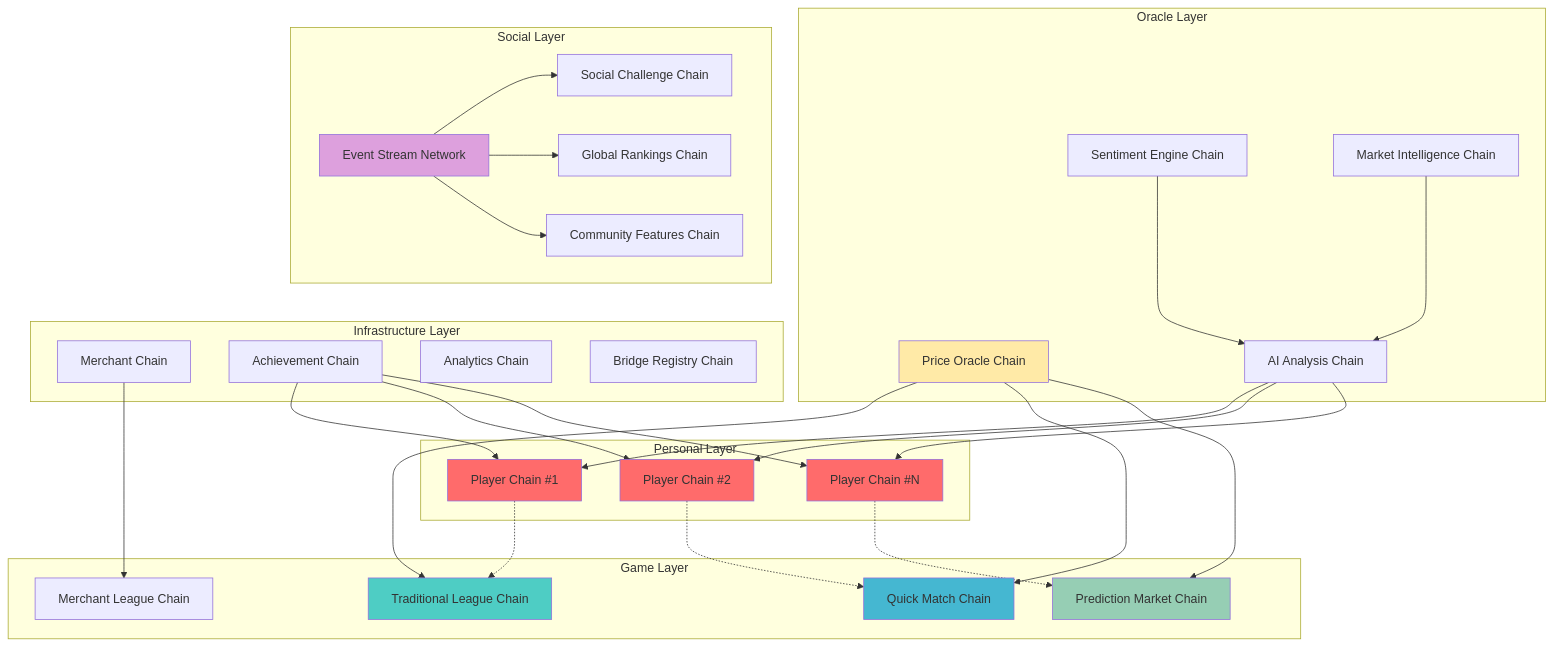
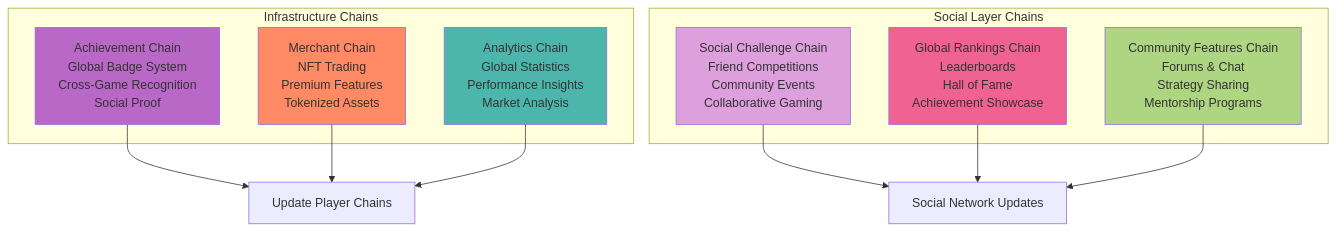
One commit to adetyaz/coindrafts-linera changed the fourth of 5 diagrams in docs/architecture/complete-overview.md. Above: the diagram before and after it, drawn with Mermaid. The commit also changed other lines of this file and 10 other files, not shown here.

````diff
--- a/docs/architecture/complete-overview.md
+++ b/docs/architecture/complete-overview.md
@@ -11,69 +94,29 @@
 ```mermaid
 graph TB
-    subgraph "Personal Layer"
-        PC1[Player Chain #1]
-        PC2[Player Chain #2]
-        PCN[Player Chain #N]
+    subgraph "Infrastructure Chains"
+        AC[Achievement Chain<br/>Global Badge System<br/>Cross-Game Recognition<br/>Social Proof]
+        MC[Merchant Chain<br/>NFT Trading<br/>Premium Features<br/>Tokenized Assets]
+        AN[Analytics Chain<br/>Global Statistics<br/>Performance Insights<br/>Market Analysis]
     end
 
-    subgraph "Game Layer"
-        TL[Traditional League Chain]
-        QM[Quick Match Chain]
-        PR[Prediction Market Chain]
-        ML[Merchant League Chain]
+    subgraph "Social Layer Chains"
+        SC[Social Challenge Chain<br/>Friend Competitions<br/>Community Events<br/>Collaborative Gaming]
+        GR[Global Rankings Chain<br/>Leaderboards<br/>Hall of Fame<br/>Achievement Showcase]
+        CF[Community Features Chain<br/>Forums & Chat<br/>Strategy Sharing<br/>Mentorship Programs]
     end
 
-    subgraph "Oracle Layer"
-        PO[Price Oracle Chain]
-        AI[AI Analysis Chain]
-        SE[Sentiment Engine Chain]
-        MI[Market Intelligence Chain]
-    end
+    AC --> PlayerChains[Update Player Chains]
+    MC --> PlayerChains
+    AN --> PlayerChains
 
-    subgraph "Infrastructure Layer"
-        MC[Merchant Chain]
-        AC[Achievement Chain]
-        AN[Analytics Chain]
-        BR[Bridge Registry Chain]
-    end
+    SC --> SocialNet[Social Network Updates]
+    GR --> SocialNet
+    CF --> SocialNet
 
-    subgraph "Social Layer"
-        ES[Event Stream Network]
-        SC[Social Challenge Chain]
-        GR[Global Rankings Chain]
-        CF[Community Features Chain]
-    end
-
-    PC1 -.-> TL
-    PC2 -.-> QM
-    PCN -.-> PR
-
-    PO --> TL
-    PO --> QM
-    PO --> PR
-
-    AI --> PC1
-    AI --> PC2
-    AI --> PCN
-
-    SE --> AI
-    MI --> AI
-
-    MC --> ML
-    AC --> PC1
-    AC --> PC2
-    AC --> PCN
-
-    ES --> SC
-    ES --> GR
-    ES --> CF
-
-    style PC1 fill:#ff6b6b
-    style PC2 fill:#ff6b6b
-    style PCN fill:#ff6b6b
-    style TL fill:#4ecdc4
-    style QM fill:#45b7d1
-    style PR fill:#96ceb4
-    style PO fill:#ffeaa7
-    style ES fill:#dda0dd
+    style AC fill:#ba68c8
+    style MC fill:#ff8a65
+    style AN fill:#4db6ac
+    style SC fill:#dda0dd
+    style GR fill:#f06292
+    style CF fill:#aed581
 ```
````
